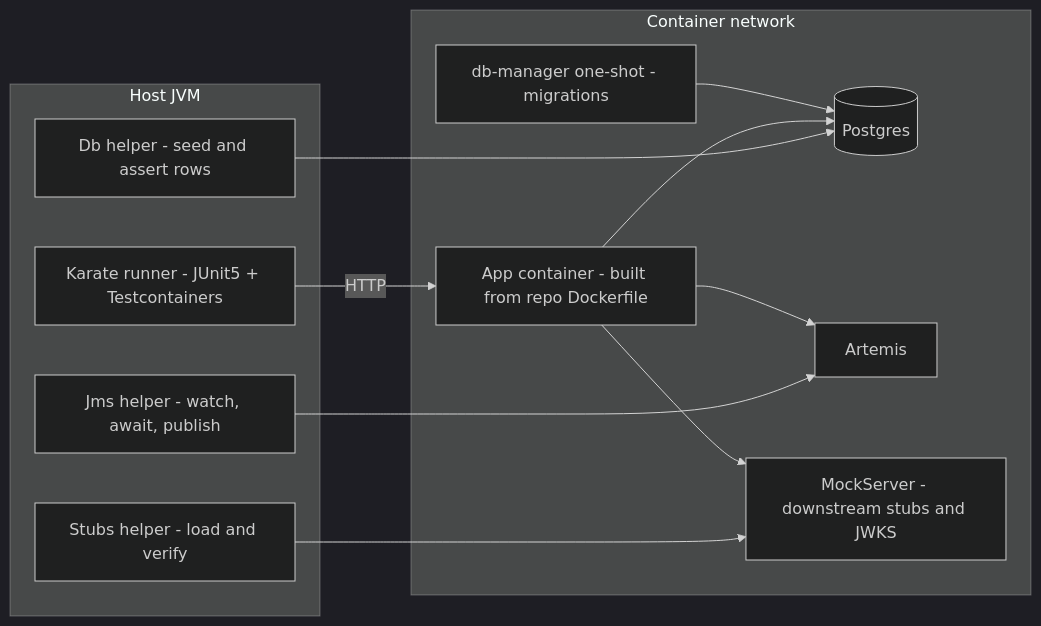
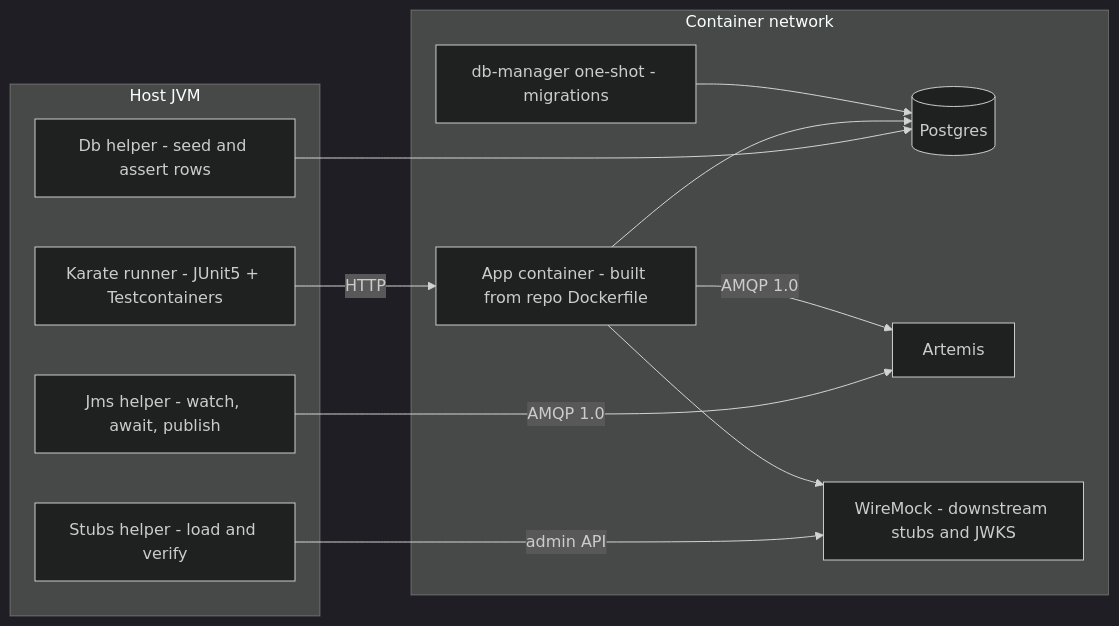
One commit to emp3thy/claude-skills changed the second of 2 diagrams in docs/superpowers/specs/2026-09-05-karate-bootstrap-design.md. Above: the diagram before and after it, drawn with Mermaid (dark theme). The commit also changed other lines of this file and 56 other files, not shown here.

````diff
--- a/docs/superpowers/specs/2026-09-05-karate-bootstrap-design.md
+++ b/docs/superpowers/specs/2026-09-05-karate-bootstrap-design.md
@@ -73,24 +81,24 @@
 ```mermaid
 flowchart LR
   subgraph Host["Host JVM"]
     K["Karate runner - JUnit5 + Testcontainers"]
     J["Db helper - seed and assert rows"]
     M["Jms helper - watch, await, publish"]
     C["Stubs helper - load and verify"]
   end
   subgraph Net["Container network"]
     DBM["db-manager one-shot - migrations"]
     APP["App container - built from repo Dockerfile"]
     DB[("Postgres")]
     MQ["Artemis"]
-    MS["MockServer - downstream stubs and JWKS"]
+    MS["WireMock - downstream stubs and JWKS"]
   end
   DBM --> DB
   K -- HTTP --> APP
   APP --> DB
-  APP --> MQ
+  APP -- AMQP 1.0 --> MQ
   APP --> MS
   J --> DB
-  M --> MQ
-  C --> MS
+  M -- AMQP 1.0 --> MQ
+  C -- admin API --> MS
 ```
````
